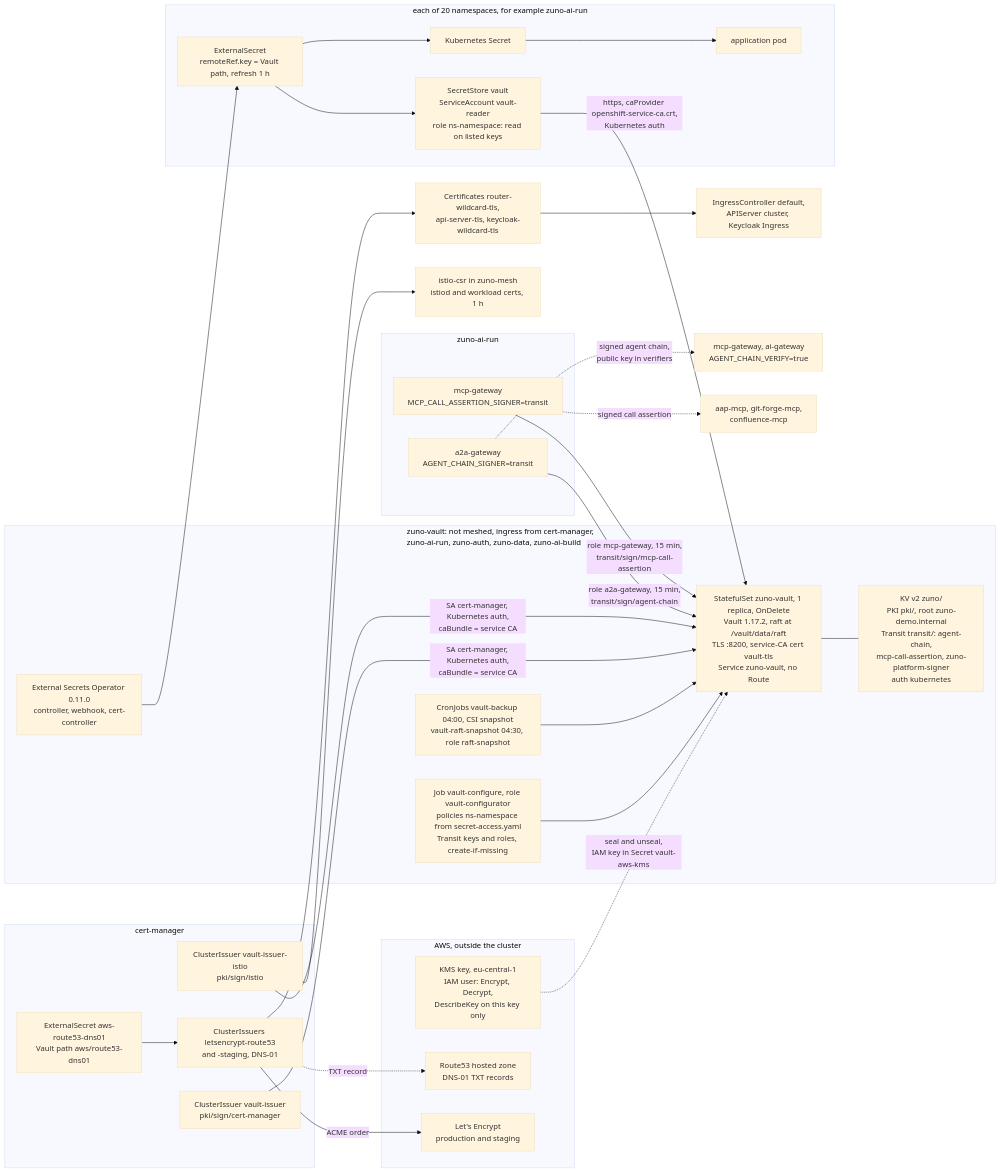
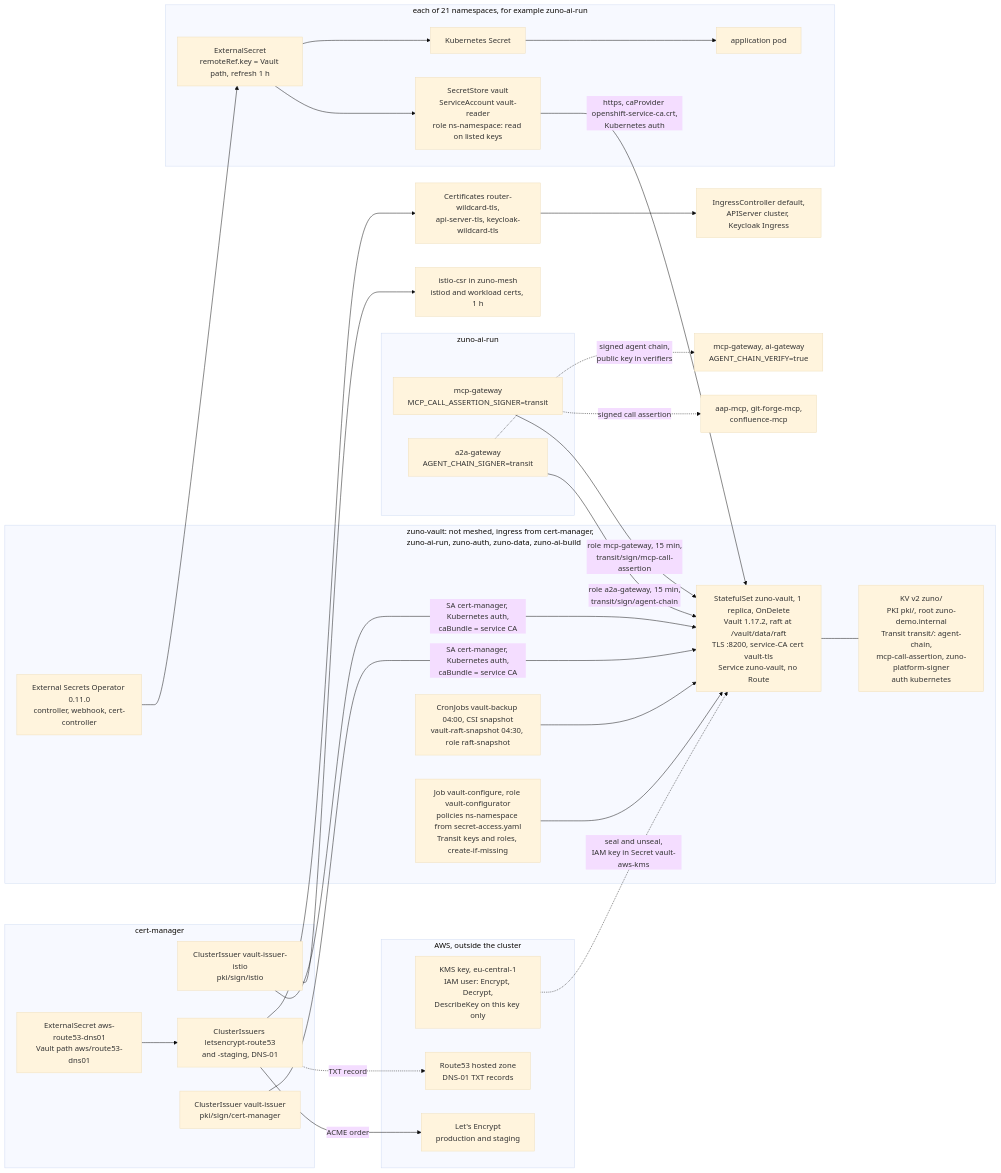
One commit to startxfr/zuno-demo changed the second of 2 diagrams in docs/demo/scenarios/foundation/vault-pki.md. Above: the diagram before and after it, drawn with Mermaid (base theme). The commit also changed other lines of this file and 27 other files, not shown here.

First line of the commit message:
docs(demo scenarios): the 30 scenario pages are proofread in full against the charts, roles and ADRs; 20 are dated, 10 wait for a fact the repository cannot prove

````diff
--- a/docs/demo/scenarios/foundation/vault-pki.md
+++ b/docs/demo/scenarios/foundation/vault-pki.md
@@ -252,50 +252,50 @@
 ```mermaid
 flowchart LR
   subgraph AWS["AWS, outside the cluster"]
     KMS["KMS key, eu-central-1<br/>IAM user: Encrypt, Decrypt,<br/>DescribeKey on this key only"]
     R53["Route53 hosted zone<br/>DNS-01 TXT records"]
     LE["Let's Encrypt<br/>production and staging"]
   end
   subgraph VNS["zuno-vault: not meshed, ingress from cert-manager,<br/>zuno-ai-run, zuno-auth, zuno-data, zuno-ai-build"]
     VAULT["StatefulSet zuno-vault, 1 replica, OnDelete<br/>Vault 1.17.2, raft at /vault/data/raft<br/>TLS :8200, service-CA cert vault-tls<br/>Service zuno-vault, no Route"]
     ENG["KV v2 zuno/<br/>PKI pki/, root zuno-demo.internal<br/>Transit transit/: agent-chain,<br/>mcp-call-assertion, zuno-platform-signer<br/>auth kubernetes"]
     CFG["Job vault-configure, role vault-configurator<br/>policies ns-namespace from secret-access.yaml<br/>Transit keys and roles, create-if-missing"]
     BAK["CronJobs vault-backup 04:00, CSI snapshot<br/>vault-raft-snapshot 04:30, role raft-snapshot"]
     ESO["External Secrets Operator 0.11.0<br/>controller, webhook, cert-controller"]
   end
   KMS -. "seal and unseal,<br/>IAM key in Secret vault-aws-kms" .-> VAULT
   VAULT --- ENG
   CFG --> VAULT
   BAK --> VAULT
-  subgraph NS["each of 20 namespaces, for example zuno-ai-run"]
+  subgraph NS["each of 21 namespaces, for example zuno-ai-run"]
     ES["ExternalSecret<br/>remoteRef.key = Vault path, refresh 1 h"]
     SS["SecretStore vault<br/>ServiceAccount vault-reader<br/>role ns-namespace: read on listed keys"]
     SEC["Kubernetes Secret"]
     POD["application pod"]
   end
   ESO --> ES
   ES --> SS
   SS -->|"https, caProvider openshift-service-ca.crt,<br/>Kubernetes auth"| VAULT
   ES --> SEC --> POD
   subgraph CMG["cert-manager"]
     VI["ClusterIssuer vault-issuer<br/>pki/sign/cert-manager"]
     VII["ClusterIssuer vault-issuer-istio<br/>pki/sign/istio"]
     LEI["ClusterIssuers letsencrypt-route53<br/>and -staging, DNS-01"]
     R53KEY["ExternalSecret aws-route53-dns01<br/>Vault path aws/route53-dns01"]
   end
   VI & VII -->|"SA cert-manager, Kubernetes auth,<br/>caBundle = service CA"| VAULT
   R53KEY --> LEI
   LEI -->|"ACME order"| LE
   LEI -. "TXT record" .-> R53
   LEI --> CERTS["Certificates router-wildcard-tls,<br/>api-server-tls, keycloak-wildcard-tls"]
   CERTS --> CONS["IngressController default,<br/>APIServer cluster, Keycloak Ingress"]
   VII --> CSR["istio-csr in zuno-mesh<br/>istiod and workload certs, 1 h"]
   subgraph RUN["zuno-ai-run"]
     A2A["a2a-gateway<br/>AGENT_CHAIN_SIGNER=transit"]
     MCPG["mcp-gateway<br/>MCP_CALL_ASSERTION_SIGNER=transit"]
   end
   A2A -->|"role a2a-gateway, 15 min,<br/>transit/sign/agent-chain"| VAULT
   MCPG -->|"role mcp-gateway, 15 min,<br/>transit/sign/mcp-call-assertion"| VAULT
   A2A -. "signed agent chain,<br/>public key in verifiers" .-> VERIF["mcp-gateway, ai-gateway<br/>AGENT_CHAIN_VERIFY=true"]
   MCPG -. "signed call assertion" .-> MCPSRV["aap-mcp, git-forge-mcp,<br/>confluence-mcp"]
 ```
````
